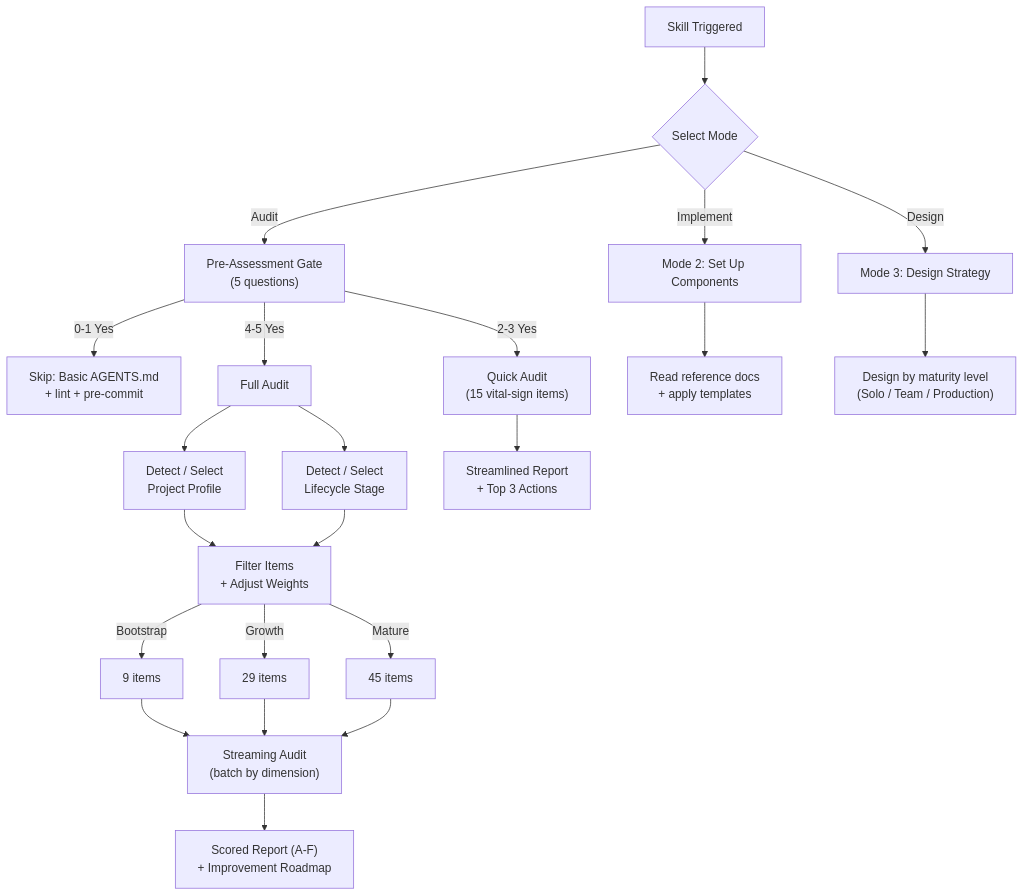
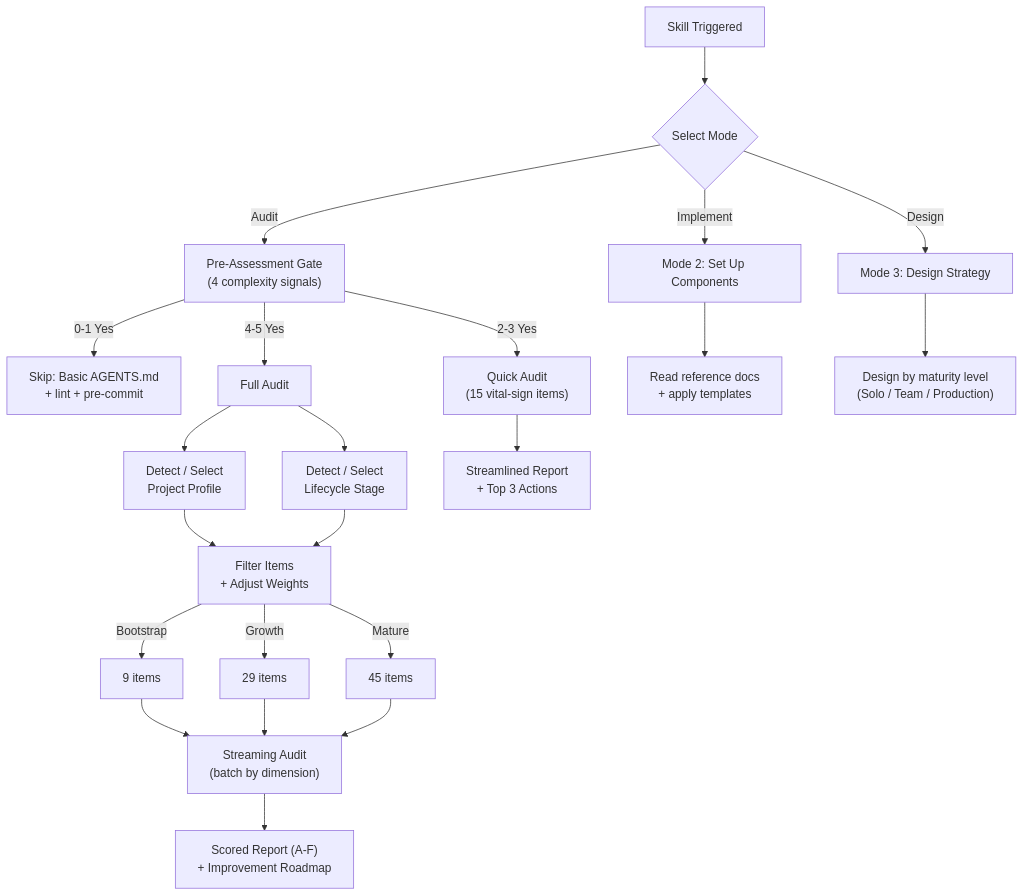
The diagram in harness-engineering-guide/README.md (13luiz/skills), drawn with Mermaid before and after one commit. The commit also changed other lines of this file and 10 other files, not shown here.

````diff
--- a/harness-engineering-guide/README.md
+++ b/harness-engineering-guide/README.md
@@ -47,31 +47,31 @@
 ```mermaid
 flowchart TD
     Start["Skill Triggered"] --> ModeSelect{"Select Mode"}
-    ModeSelect -->|"Audit"| PreGate["Pre-Assessment Gate\n(5 questions)"]
+    ModeSelect -->|"Audit"| PreGate["Pre-Assessment Gate\n(4 complexity signals)"]
     ModeSelect -->|"Implement"| Implement["Mode 2: Set Up Components"]
     ModeSelect -->|"Design"| Design["Mode 3: Design Strategy"]
 
     PreGate -->|"0-1 Yes"| Skip["Skip: Basic AGENTS.md\n+ lint + pre-commit"]
     PreGate -->|"2-3 Yes"| QuickAudit["Quick Audit\n(15 vital-sign items)"]
     PreGate -->|"4-5 Yes"| FullRoute["Full Audit"]
 
     FullRoute --> DetectProfile["Detect / Select\nProject Profile"]
     FullRoute --> DetectStage["Detect / Select\nLifecycle Stage"]
 
     DetectProfile --> FilterItems["Filter Items\n+ Adjust Weights"]
     DetectStage --> FilterItems
 
     FilterItems -->|"Bootstrap"| Items9["9 items"]
     FilterItems -->|"Growth"| Items29["29 items"]
     FilterItems -->|"Mature"| Items45["45 items"]
 
     Items9 --> StreamAudit["Streaming Audit\n(batch by dimension)"]
     Items29 --> StreamAudit
     Items45 --> StreamAudit
 
     StreamAudit --> Report["Scored Report (A-F)\n+ Improvement Roadmap"]
     QuickAudit --> QuickReport["Streamlined Report\n+ Top 3 Actions"]
 
     Implement --> RefDocs["Read reference docs\n+ apply templates"]
     Design --> Maturity["Design by maturity level\n(Solo / Team / Production)"]
 ```
````
